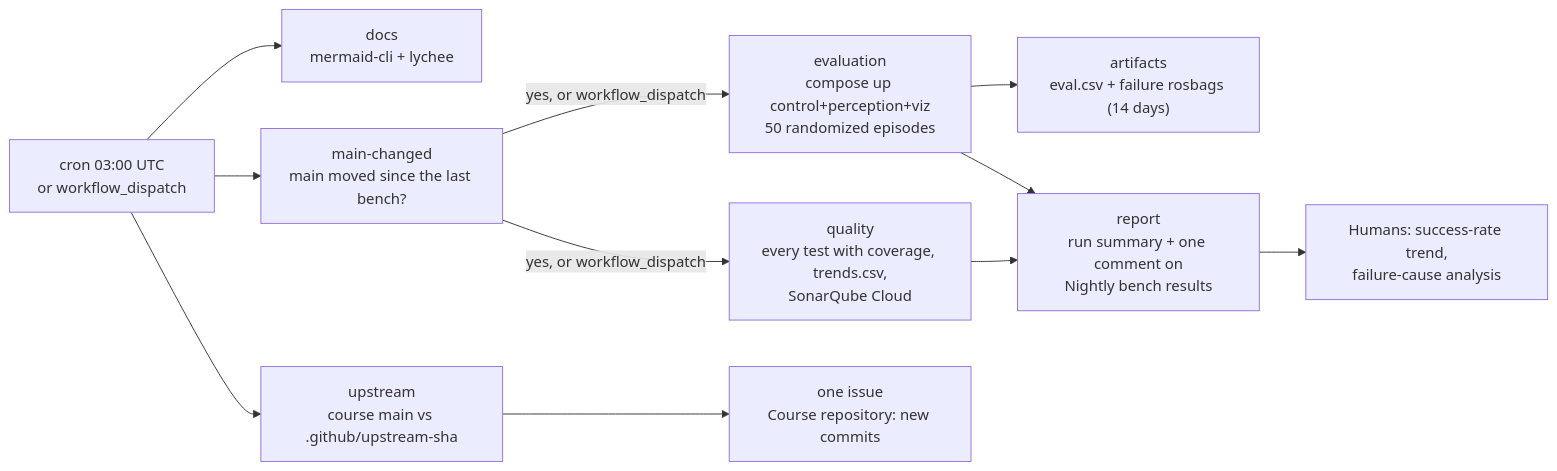
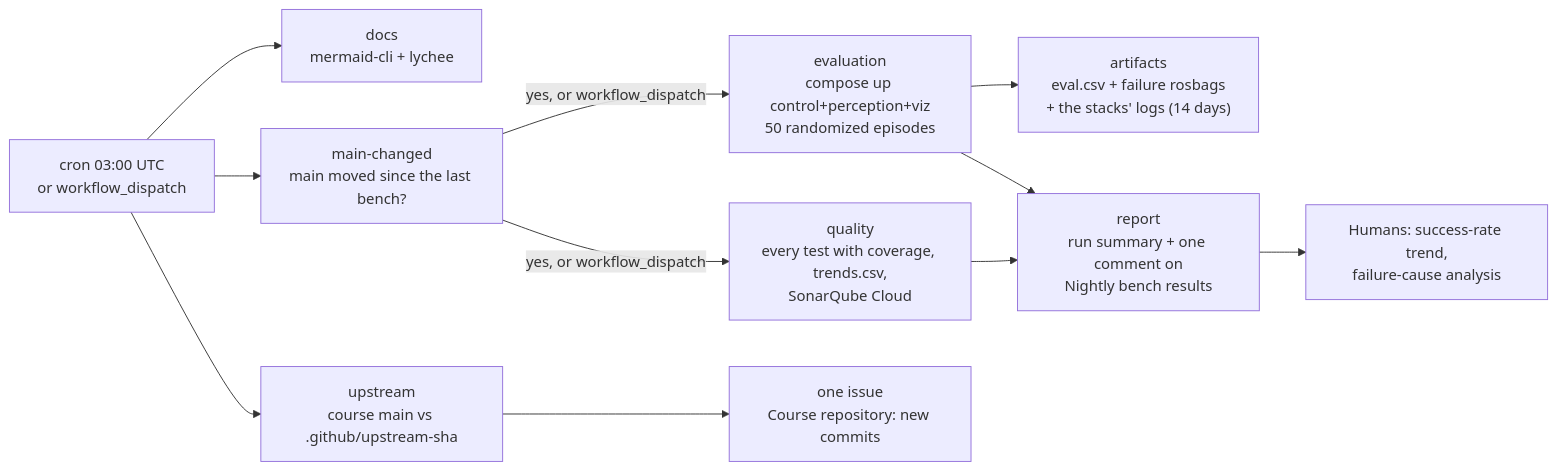
The third of 4 diagrams in docs/project/14_quality_pipeline_ci.md (FoxaxeWasTaken/Robotics), drawn with Mermaid before and after one commit. The commit also changed other lines of this file and 18 other files, not shown here.

````diff
--- a/docs/project/14_quality_pipeline_ci.md
+++ b/docs/project/14_quality_pipeline_ci.md
@@ -190,13 +190,13 @@
 ```mermaid
 flowchart LR
   S["cron 03:00 UTC<br/>or workflow_dispatch"] --> D["docs<br/>mermaid-cli + lychee"]
   S --> MC["main-changed<br/>main moved since the last bench?"]
   MC -->|"yes, or workflow_dispatch"| Q["quality<br/>every test with coverage, trends.csv,<br/>SonarQube Cloud"]
   MC -->|"yes, or workflow_dispatch"| V["evaluation<br/>compose up control+perception+viz<br/>50 randomized episodes"]
-  V --> R["artifacts<br/>eval.csv + failure rosbags (14 days)"]
+  V --> R["artifacts<br/>eval.csv + failure rosbags<br/>+ the stacks' logs (14 days)"]
   V --> B["report<br/>run summary + one comment on<br/>Nightly bench results"]
   Q --> B
   B --> H["Humans: success-rate trend,<br/>failure-cause analysis"]
   S --> W["upstream<br/>course main vs .github/upstream-sha"]
   W --> I["one issue<br/>Course repository: new commits"]
 ```
````
